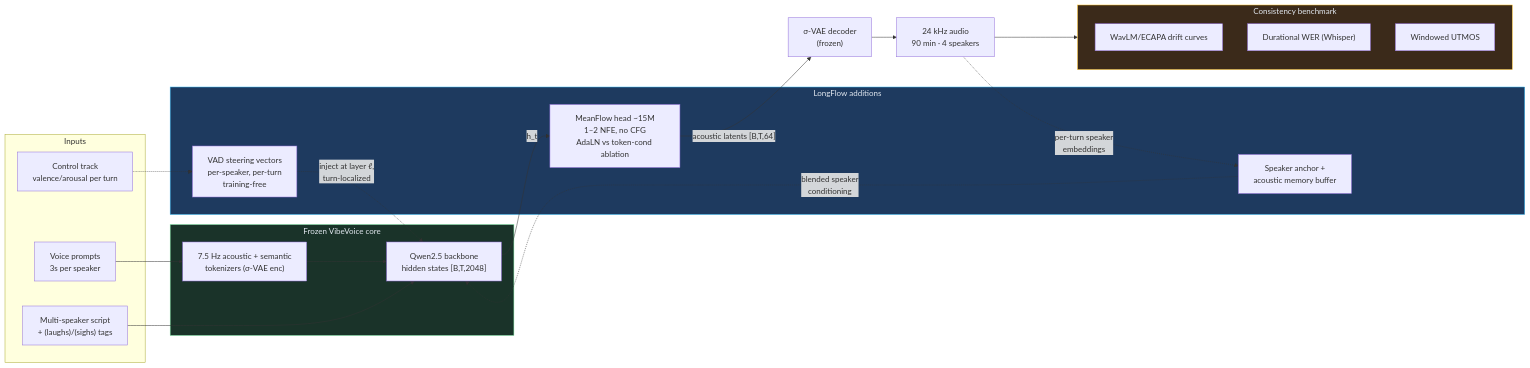
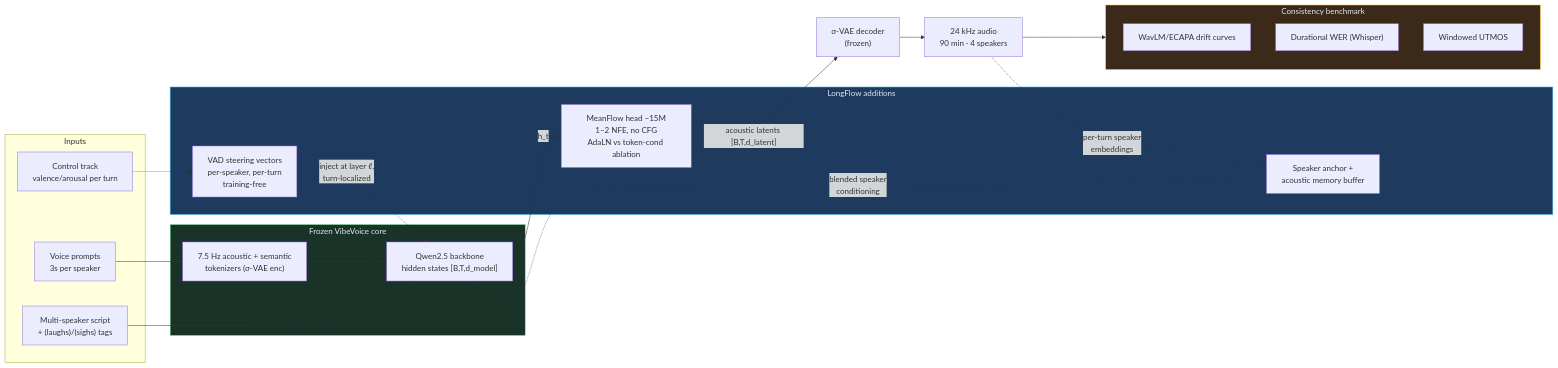
One commit to Josh-E-S/LongFlow changed the diagram in docs/architecture.mermaid. Above: the diagram before and after it, drawn with Mermaid. The commit also changed 5 other files, not shown here.

```diff
--- a/docs/architecture.mermaid
+++ b/docs/architecture.mermaid
@@ -1,42 +1,42 @@
 flowchart LR
   subgraph IN["Inputs"]
     SCRIPT["Multi-speaker script<br/>+ (laughs)/(sighs) tags"]
     REFS["Voice prompts<br/>3s per speaker"]
     CTRL["Control track<br/>valence/arousal per turn"]
   end
 
   subgraph VV["Frozen VibeVoice core"]
     TOK["7.5 Hz acoustic + semantic<br/>tokenizers (σ-VAE enc)"]
-    QWEN["Qwen2.5 backbone<br/>hidden states [B,T,2048]"]
+    QWEN["Qwen2.5 backbone<br/>hidden states [B,T,d_model]"]
     TOK --> QWEN
   end
 
   subgraph NEW["LongFlow additions"]
     FLOW["MeanFlow head ~15M<br/>1–2 NFE, no CFG<br/>AdaLN vs token-cond ablation"]
     STEER["VAD steering vectors<br/>per-speaker, per-turn<br/>training-free"]
     ASA["Speaker anchor +<br/>acoustic memory buffer"]
   end
 
   DEC["σ-VAE decoder<br/>(frozen)"]
   AUDIO["24 kHz audio<br/>90 min · 4 speakers"]
 
   subgraph EVAL["Consistency benchmark"]
     DRIFT["WavLM/ECAPA drift curves"]
     DWER["Durational WER (Whisper)"]
     UT["Windowed UTMOS"]
   end
 
   SCRIPT --> QWEN
   REFS --> TOK
   CTRL -.-> STEER
   STEER -.->|"inject at layer ℓ,<br/>turn-localized"| QWEN
   ASA -.->|"blended speaker<br/>conditioning"| QWEN
   QWEN -->|"h_t"| FLOW
-  FLOW -->|"acoustic latents [B,T,64]"| DEC
+  FLOW -->|"acoustic latents [B,T,d_latent]"| DEC
   DEC --> AUDIO
   AUDIO --> EVAL
   AUDIO -.->|"per-turn speaker<br/>embeddings"| ASA
 
   style NEW fill:#1e3a5f,stroke:#38bdf8,color:#e2e8f0
   style VV fill:#1a3329,stroke:#86efac,color:#e2e8f0
   style EVAL fill:#3b2a1a,stroke:#fbbf24,color:#e2e8f0
```
